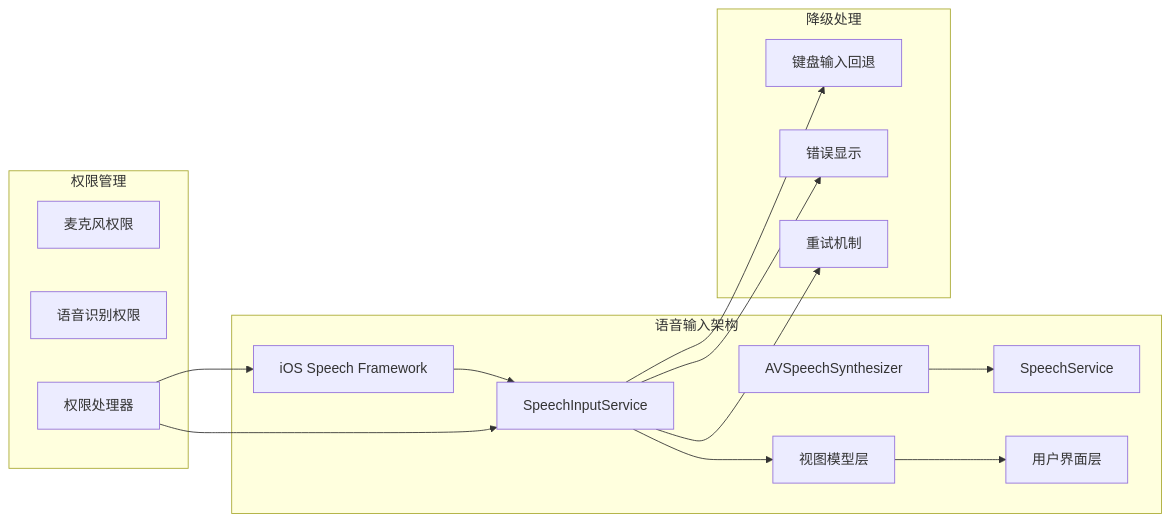
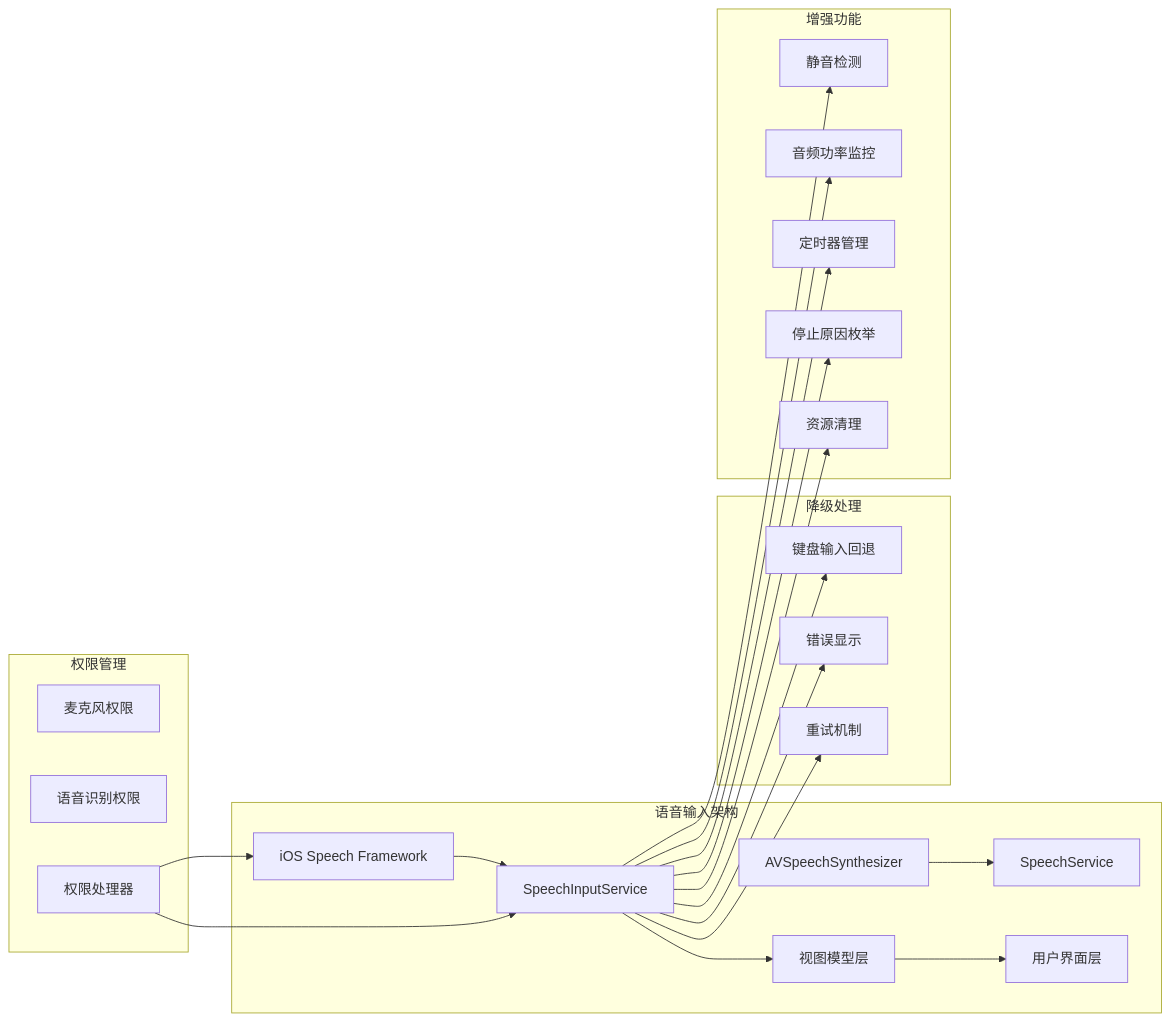
One commit to Jayden23018/blind-run-ios changed the second of 9 diagrams in .qoder/repowiki/zh/content/开发指南/编码规范与最佳实践/无障碍开发规范/语音输入集成.md. Above: the diagram before and after it, drawn with Mermaid. The commit also changed other lines of this file and 15 other files, not shown here.

````diff
--- a/.qoder/repowiki/zh/content/开发指南/编码规范与最佳实践/无障碍开发规范/语音输入集成.md
+++ b/.qoder/repowiki/zh/content/开发指南/编码规范与最佳实践/无障碍开发规范/语音输入集成.md
@@ -111,30 +123,42 @@
 ```mermaid
 graph LR
 subgraph "语音输入架构"
 SpeechFramework[iOS Speech Framework]
 AVSpeechSynthesizer[AVSpeechSynthesizer]
 SpeechInputService[SpeechInputService]
 SpeechService[SpeechService]
 ViewModel[视图模型层]
 UI[用户界面层]
 end
 subgraph "权限管理"
 MicrophonePermission[麦克风权限]
 SpeechPermission[语音识别权限]
 PermissionHandler[权限处理器]
 end
 subgraph "降级处理"
 KeyboardFallback[键盘输入回退]
 ErrorDisplay[错误显示]
 RetryMechanism[重试机制]
 end
+subgraph "增强功能"
+SilenceDetection[静音检测]
+AudioPower[音频功率监控]
+TimerManagement[定时器管理]
+StopReasonEnum[停止原因枚举]
+ResourceCleanup[资源清理]
+end
 SpeechFramework --> SpeechInputService
 AVSpeechSynthesizer --> SpeechService
 SpeechInputService --> ViewModel
 ViewModel --> UI
 PermissionHandler --> SpeechFramework
 PermissionHandler --> SpeechInputService
 SpeechInputService --> KeyboardFallback
 SpeechInputService --> ErrorDisplay
 SpeechInputService --> RetryMechanism
+SpeechInputService --> SilenceDetection
+SpeechInputService --> AudioPower
+SpeechInputService --> TimerManagement
+SpeechInputService --> StopReasonEnum
+SpeechInputService --> ResourceCleanup
 ```
````
